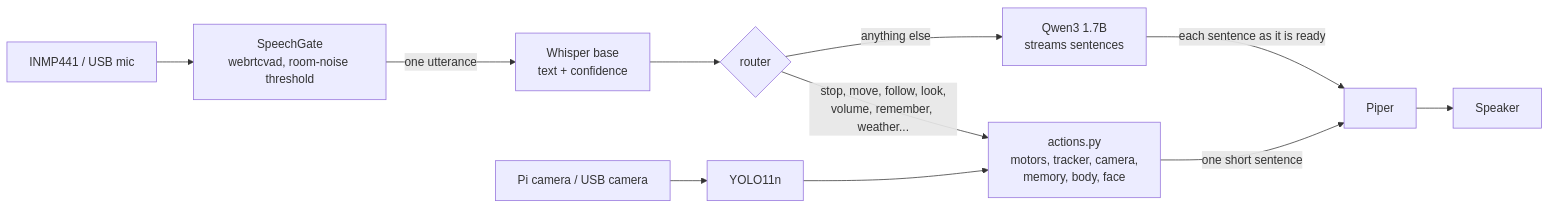
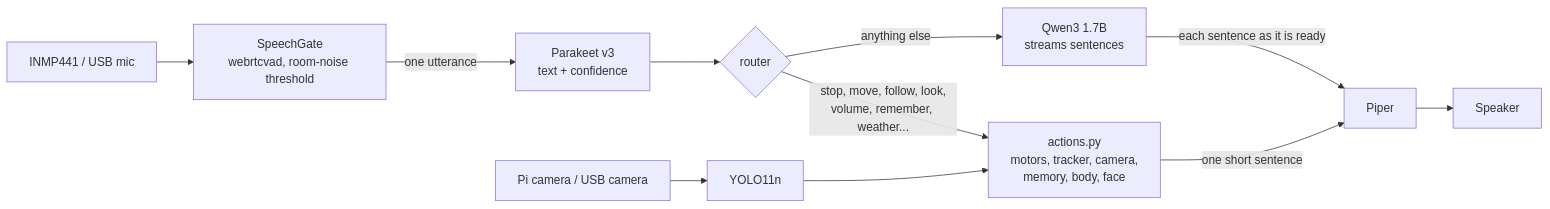
Before and after one commit to drpeker/neurovision-local: the diagram in README.md, drawn with Mermaid. The commit also changed other lines of this file and 6 other files, not shown here.

First line of the commit message:
Hear with Parakeet v3 instead of Whisper base

````diff
--- a/README.md
+++ b/README.md
@@ -22,12 +22,12 @@
 ```mermaid
 flowchart LR
     MIC[INMP441 / USB mic] --> GATE[SpeechGate<br/>webrtcvad, room-noise threshold]
-    GATE -->|one utterance| STT[Whisper base<br/>text + confidence]
+    GATE -->|one utterance| STT[Parakeet v3<br/>text + confidence]
     STT --> R{router}
     R -->|stop, move, follow, look,<br/>volume, remember, weather...| ACT[actions.py<br/>motors, tracker, camera,<br/>memory, body, face]
     R -->|anything else| LLM[Qwen3 1.7B<br/>streams sentences]
     ACT -->|one short sentence| TTS[Piper]
     LLM -->|each sentence as it is ready| TTS
     TTS --> SPK[Speaker]
     CAM[Pi camera / USB camera] --> YOLO[YOLO11n] --> ACT
 ```
````
